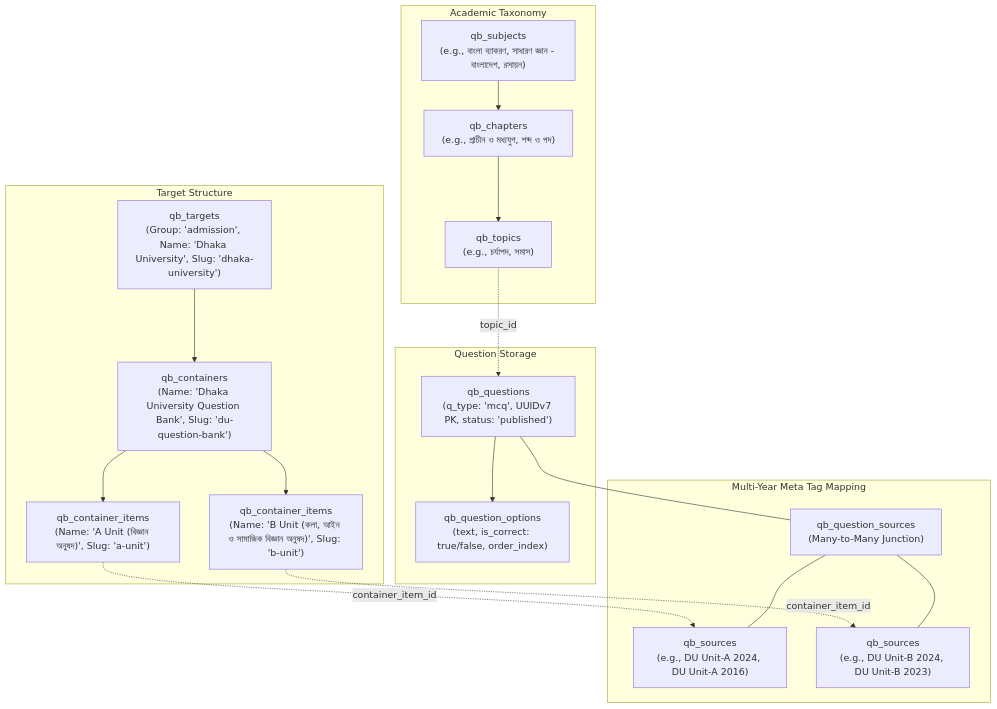
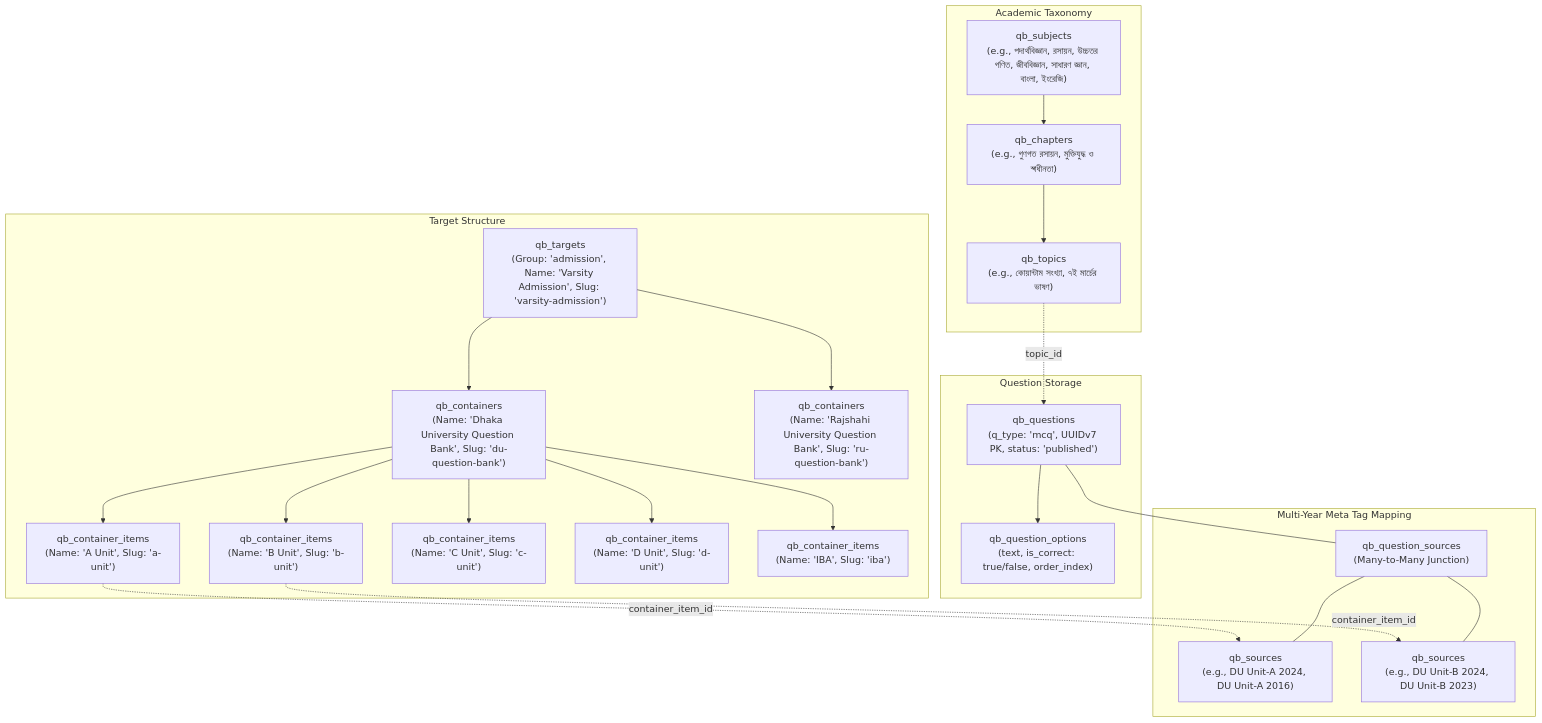
Before and after one commit to prohor-labs/paws: the diagram in IMPORT.md, drawn with Mermaid. The commit also changed other lines of this file and 83 other files, not shown here.

````diff
--- a/IMPORT.md
+++ b/IMPORT.md
@@ -11,38 +11,46 @@
 ```mermaid
 graph TD
     subgraph Target Structure
-        T["qb_targets<br/>(Group: 'admission', Name: 'Dhaka University', Slug: 'dhaka-university')"]
-        C["qb_containers<br/>(Name: 'Dhaka University Question Bank', Slug: 'du-question-bank')"]
-        CIA["qb_container_items<br/>(Name: 'A Unit (বিজ্ঞান অনুষদ)', Slug: 'a-unit')"]
-        CIB["qb_container_items<br/>(Name: 'B Unit (কলা, আইন ও সামাজিক বিজ্ঞান অনুষদ)', Slug: 'b-unit')"]
-        T --> C
-        C --> CIA
-        C --> CIB
+        T["qb_targets<br/>(Group: 'admission', Name: 'Varsity Admission', Slug: 'varsity-admission')"]
+        CDU["qb_containers<br/>(Name: 'Dhaka University Question Bank', Slug: 'du-question-bank')"]
+        CRU["qb_containers<br/>(Name: 'Rajshahi University Question Bank', Slug: 'ru-question-bank')"]
+        T --> CDU
+        T --> CRU
+        CIA["qb_container_items<br/>(Name: 'A Unit', Slug: 'a-unit')"]
+        CIB["qb_container_items<br/>(Name: 'B Unit', Slug: 'b-unit')"]
+        CIC["qb_container_items<br/>(Name: 'C Unit', Slug: 'c-unit')"]
+        CID["qb_container_items<br/>(Name: 'D Unit', Slug: 'd-unit')"]
+        CIIBA["qb_container_items<br/>(Name: 'IBA', Slug: 'iba')"]
+        CDU --> CIA
+        CDU --> CIB
+        CDU --> CIC
+        CDU --> CID
+        CDU --> CIIBA
     end
 
     subgraph Academic Taxonomy
-        S["qb_subjects<br/>(e.g., বাংলা ব্যাকরণ, সাধারণ জ্ঞান - বাংলাদেশ, রসায়ন)"]
-        CH["qb_chapters<br/>(e.g., প্রাচীন ও মধ্যযুগ, শব্দ ও পদ)"]
-        TOP["qb_topics<br/>(e.g., চর্যাপদ, সমাস)"]
+        S["qb_subjects<br/>(e.g., পদার্থবিজ্ঞান, রসায়ন, উচ্চতর গণিত, জীববিজ্ঞান, সাধারণ জ্ঞান, বাংলা, ইংরেজি)"]
+        CH["qb_chapters<br/>(e.g., গুণগত রসায়ন, মুক্তিযুদ্ধ ও স্বাধীনতা)"]
+        TOP["qb_topics<br/>(e.g., কোয়ান্টাম সংখ্যা, ৭ই মার্চের ভাষণ)"]
         S --> CH
         CH --> TOP
     end
 
     subgraph Question Storage
         Q["qb_questions<br/>(q_type: 'mcq', UUIDv7 PK, status: 'published')"]
         O["qb_question_options<br/>(text, is_correct: true/false, order_index)"]
         Q --> O
         TOP -.->|topic_id| Q
     end
 
     subgraph Multi-Year Meta Tag Mapping
         SRCA["qb_sources<br/>(e.g., DU Unit-A 2024, DU Unit-A 2016)"]
         SRCB["qb_sources<br/>(e.g., DU Unit-B 2024, DU Unit-B 2023)"]
         QSA["qb_question_sources<br/>(Many-to-Many Junction)"]
         CIA -.->|container_item_id| SRCA
         CIB -.->|container_item_id| SRCB
         Q --- QSA
         QSA --- SRCA
         QSA --- SRCB
     end
 ```
````
